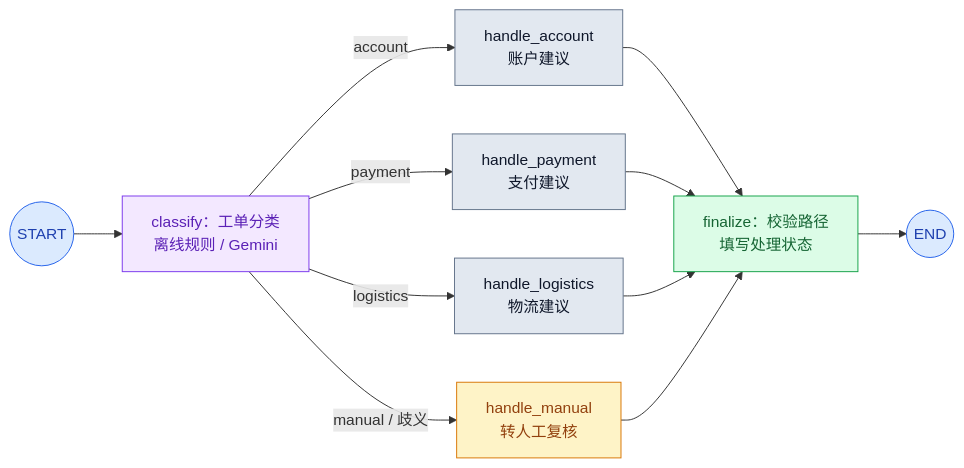
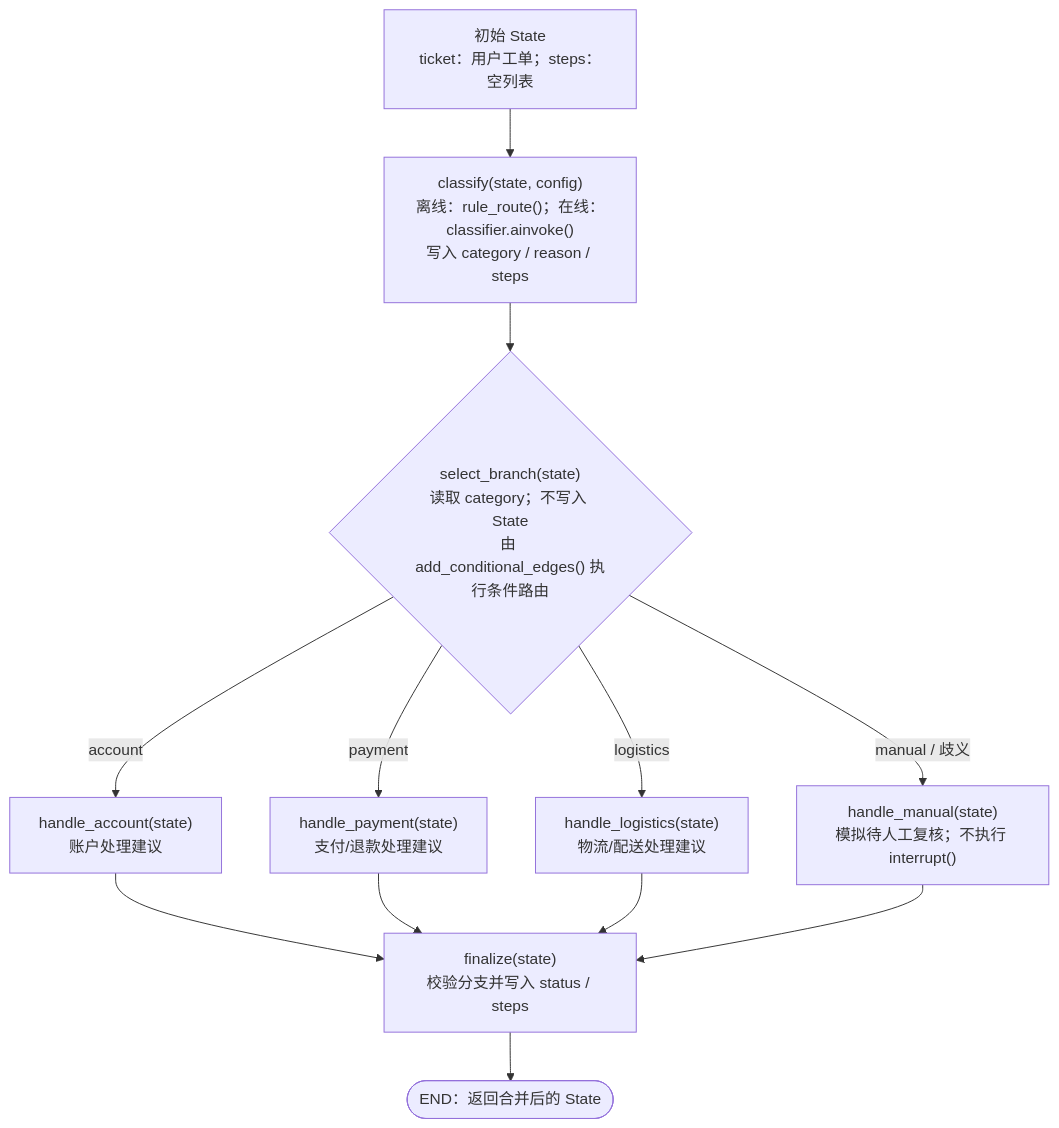
The diagram in 07-langgraph-workflow/langgraph-workflow-flow.mmd (ai-agent-lab-cn/zr-langChain), drawn with Mermaid before and after one commit. The commit also changed 2 other files, not shown here.

Commit message:
docs(ch07): annotate LangGraph source and add Chinese Mermaid API diagrams

```diff
--- a/07-langgraph-workflow/langgraph-workflow-flow.mmd
+++ b/07-langgraph-workflow/langgraph-workflow-flow.mmd
@@ -1,22 +1,21 @@
-flowchart LR
-    START((START)) --> CLASSIFY["classify：工单分类<br/>离线规则 / Gemini"]
-    CLASSIFY -->|account| ACCOUNT["handle_account<br/>账户建议"]
-    CLASSIFY -->|payment| PAYMENT["handle_payment<br/>支付建议"]
-    CLASSIFY -->|logistics| LOGISTICS["handle_logistics<br/>物流建议"]
-    CLASSIFY -->|manual / 歧义| MANUAL["handle_manual<br/>转人工复核"]
-    ACCOUNT --> FINAL["finalize：校验路径<br/>填写处理状态"]
+flowchart TD
+    INPUT["初始 State<br/>ticket：用户工单；steps：空列表"]
+    CLASSIFY["classify(state, config)<br/>离线：rule_route()；在线：classifier.ainvoke()<br/>写入 category / reason / steps"]
+    ROUTE{"select_branch(state)<br/>读取 category；不写入 State<br/>由 add_conditional_edges() 执行条件路由"}
+    ACCOUNT["handle_account(state)<br/>账户处理建议"]
+    PAYMENT["handle_payment(state)<br/>支付/退款处理建议"]
+    LOGISTICS["handle_logistics(state)<br/>物流/配送处理建议"]
+    MANUAL["handle_manual(state)<br/>模拟待人工复核；不执行 interrupt()"]
+    FINAL["finalize(state)<br/>校验分支并写入 status / steps"]
+    ENDNODE(["END：返回合并后的 State"])
+
+    INPUT --> CLASSIFY --> ROUTE
+    ROUTE -->|account| ACCOUNT
+    ROUTE -->|payment| PAYMENT
+    ROUTE -->|logistics| LOGISTICS
+    ROUTE -->|manual / 歧义| MANUAL
+    ACCOUNT --> FINAL
     PAYMENT --> FINAL
     LOGISTICS --> FINAL
     MANUAL --> FINAL
-    FINAL --> ENDNODE((END))
-
-    classDef io fill:#DBEAFE,stroke:#2563EB,color:#1E40AF
-    classDef decision fill:#F3E8FF,stroke:#7C3AED,color:#5B21B6
-    classDef process fill:#E2E8F0,stroke:#64748B,color:#0F172A
-    classDef fallback fill:#FEF3C7,stroke:#D97706,color:#92400E
-    classDef final fill:#DCFCE7,stroke:#16A34A,color:#166534
-    class START,ENDNODE io
-    class CLASSIFY decision
-    class ACCOUNT,PAYMENT,LOGISTICS process
-    class MANUAL fallback
-    class FINAL final
+    FINAL --> ENDNODE
```
